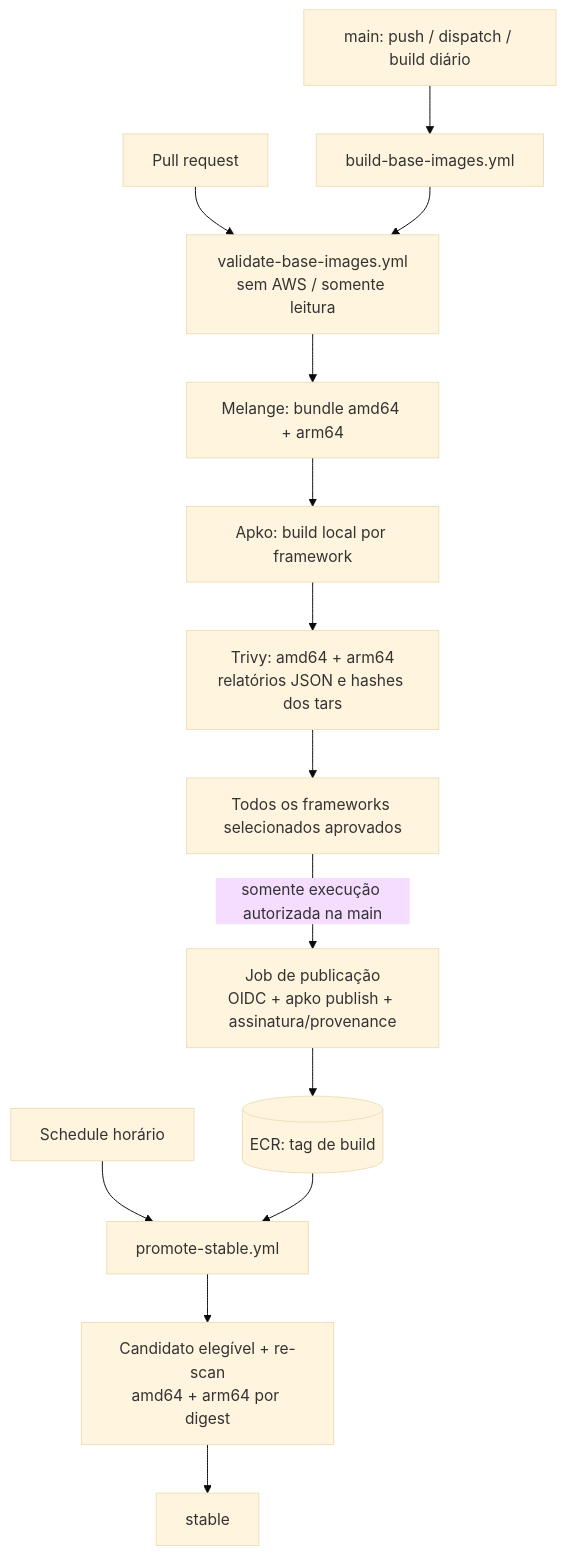
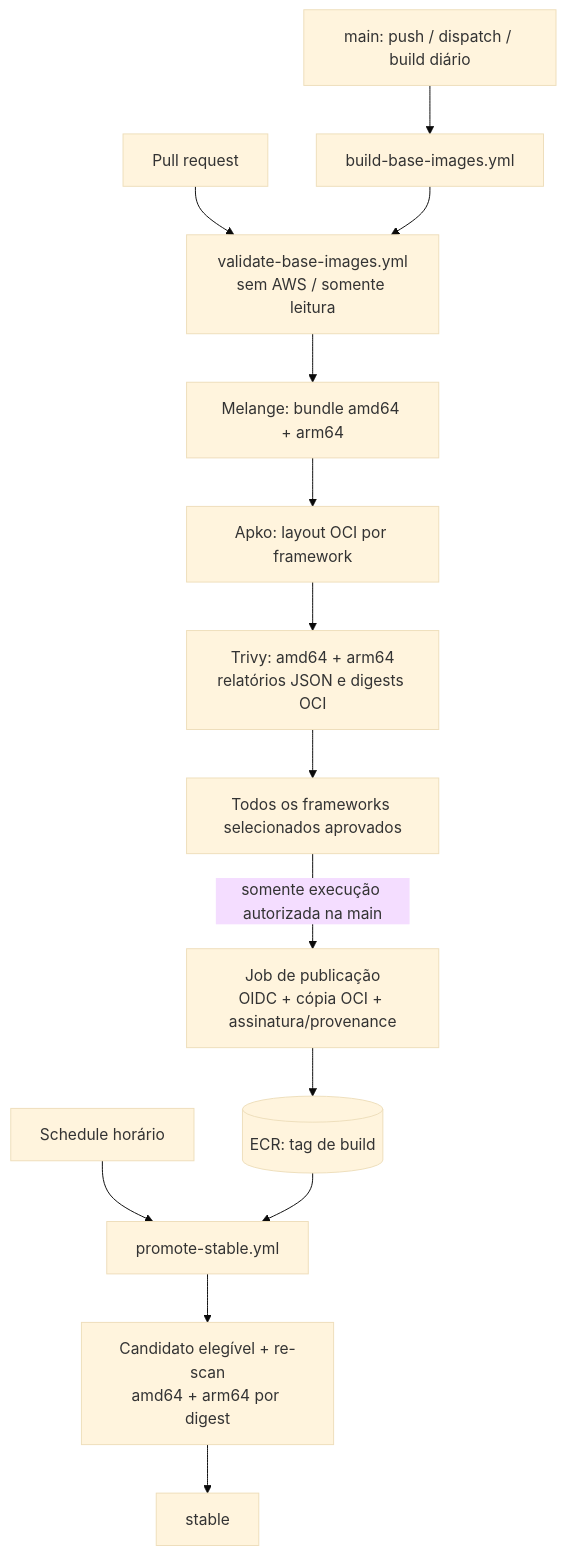
The third of 3 diagrams in README.md (alric-corp/itau-xj7-containers-image-base), drawn with Mermaid (base theme) before and after one commit. The commit also changed other lines of this file and 13 other files, not shown here.

Commit message:
Publish validated OCI artifacts with preserved digests

````diff
--- a/README.md
+++ b/README.md
@@ -196,16 +196,16 @@
 ```mermaid
 flowchart TD
     PR["Pull request"] --> V["validate-base-images.yml<br/>sem AWS / somente leitura"]
     MAIN["main: push / dispatch / build diário"] --> B["build-base-images.yml"]
     B --> V
     V --> M["Melange: bundle amd64 + arm64"]
-    M --> A["Apko: build local por framework"]
-    A --> S["Trivy: amd64 + arm64<br/>relatórios JSON e hashes dos tars"]
+    M --> A["Apko: layout OCI por framework"]
+    A --> S["Trivy: amd64 + arm64<br/>relatórios JSON e digests OCI"]
     S --> G["Todos os frameworks selecionados aprovados"]
-    G -->|"somente execução autorizada na main"| PUB["Job de publicação<br/>OIDC + apko publish + assinatura/provenance"]
+    G -->|"somente execução autorizada na main"| PUB["Job de publicação<br/>OIDC + cópia OCI + assinatura/provenance"]
     PUB --> ECR[("ECR: tag de build")]
     H["Schedule horário"] --> P["promote-stable.yml"]
     ECR --> P
     P --> SOAK["Candidato elegível + re-scan<br/>amd64 + arm64 por digest"]
     SOAK --> STABLE["stable"]
 ```
````
